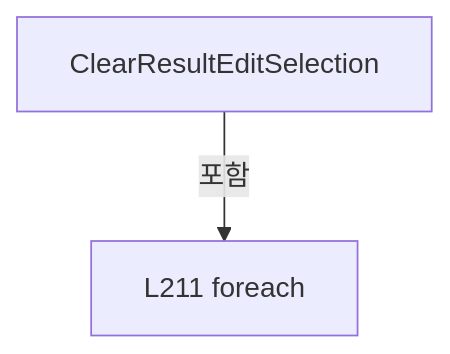
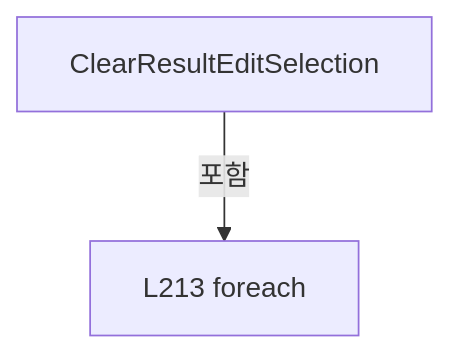
The ninth of 24 diagrams in A3 LD Code Ref/files/Drilling.UI/Menu/Menus/CMenuCorrection.ReviewData.Edit.cs.md (kjuws10-rgb/Shared), drawn with Mermaid before and after one commit. The commit also changed other lines of this file and 2071 other files, not shown here.

Commit message:
docs(a3): update 11.19.0 architecture and code reference

````diff
--- a/A3 LD Code Ref/files/Drilling.UI/Menu/Menus/CMenuCorrection.ReviewData.Edit.cs.md
+++ b/A3 LD Code Ref/files/Drilling.UI/Menu/Menus/CMenuCorrection.ReviewData.Edit.cs.md
@@ -2125,6 +2183,6 @@
 ```mermaid
 flowchart TD
  M["ClearResultEditSelection"]
- N0["L211 foreach"]
+ N0["L213 foreach"]
  M -->|포함| N0
 ```
````
